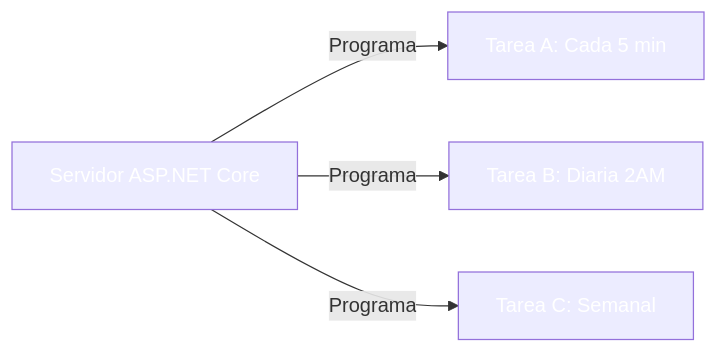
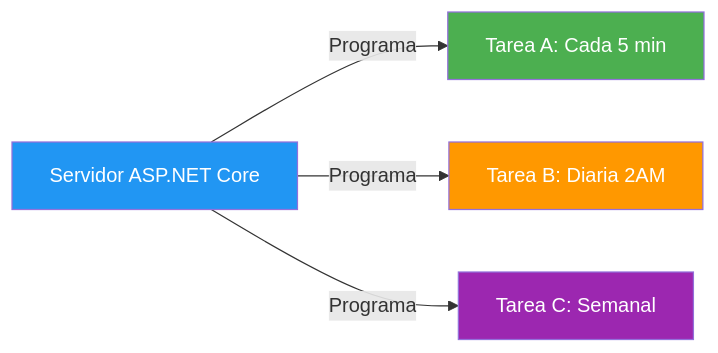
One commit to joseluisgs/DesarrolloWebEntornosServidor-02-2026-2027 changed the first of 4 diagrams in 22-tareas-programadas.md. Above: the diagram before and after it, drawn with Mermaid. The commit also changed other lines of this file and 29 other files, not shown here.

Commit message:
docs: corregir estilos Mermaid y estilo, quitar referencias a la Tienda y reestructurar los retos 13 y 15

````diff
--- a/22-tareas-programadas.md
+++ b/22-tareas-programadas.md
@@ -57,10 +57,10 @@
 ```mermaid
 flowchart LR
     A["Servidor ASP.NET Core"] -->|Programa| B["Tarea A: Cada 5 min"]
     A -->|Programa| C["Tarea B: Diaria 2AM"]
     A -->|Programa| D["Tarea C: Semanal"]
-    style A fill:#2196F,color:#fff3,color:#fff
-    style B fill:#4CAF5,color:#fff0,color:#fff
-    style C fill:#FF980,color:#fff0,color:#fff
-    style D fill:#9C27B,color:#fff0,color:#fff
+    style A fill:#2196F3,color:#fff
+    style B fill:#4CAF50,color:#fff
+    style C fill:#FF9800,color:#fff
+    style D fill:#9C27B0,color:#fff
 ```
````
